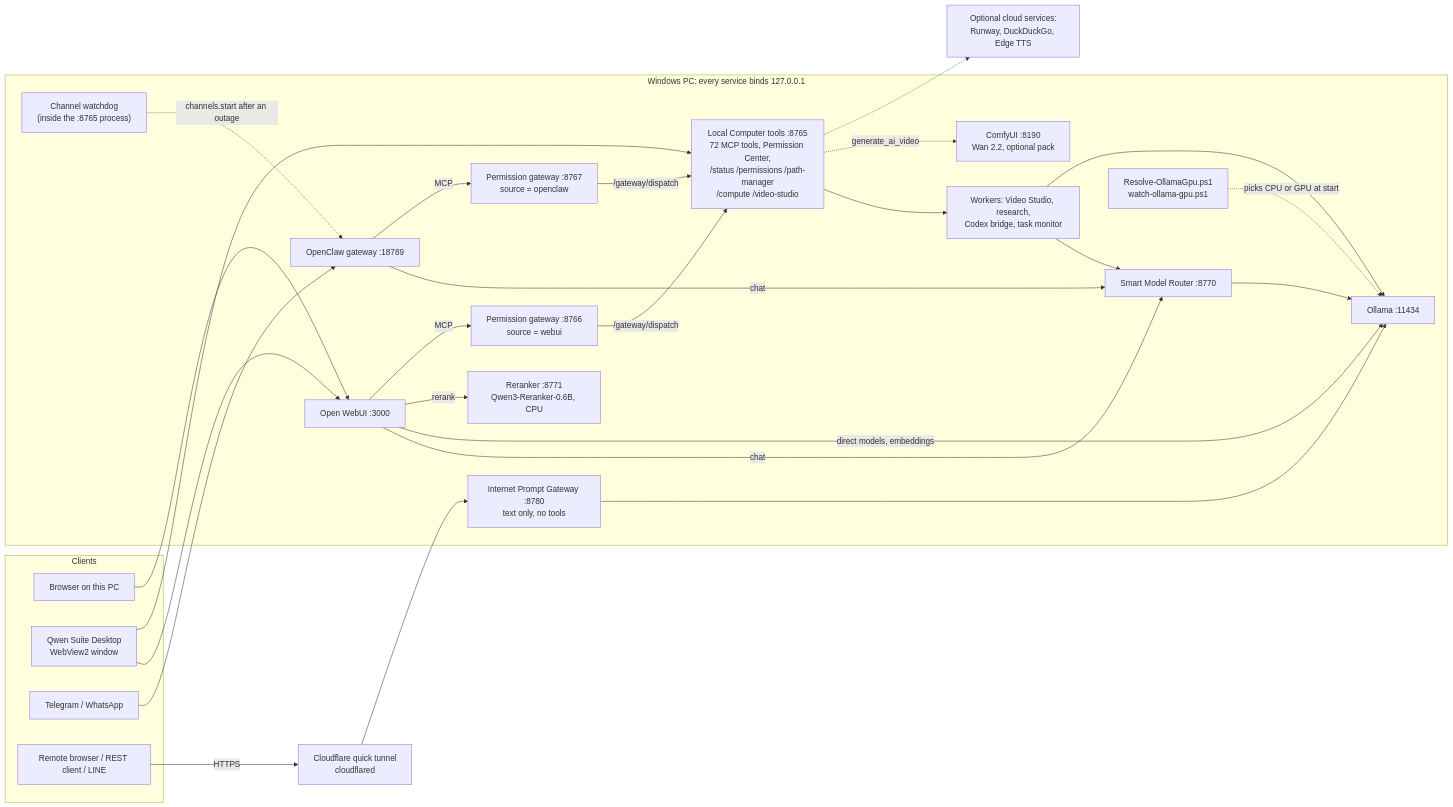
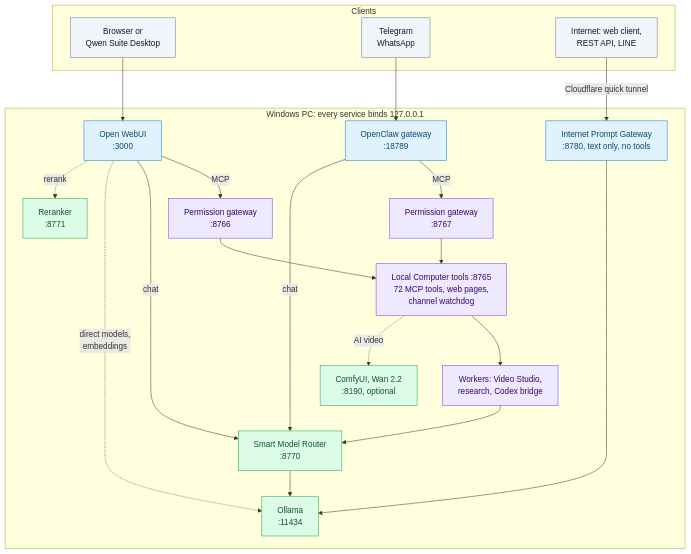
Before and after one commit to SukritJaAIproject/Qwen-Suite: the diagram in .github/README.md, drawn with Mermaid. The commit also changed other lines of this file and 13 other files, not shown here.

````diff
--- a/.github/README.md
+++ b/.github/README.md
@@ -259,50 +380,44 @@
 ```mermaid
-flowchart LR
-  subgraph Clients
-    B["Browser on this PC"]
-    D["Qwen Suite Desktop<br/>WebView2 window"]
-    TG["Telegram / WhatsApp"]
-    NET["Remote browser / REST client / LINE"]
+flowchart TB
+  subgraph clients["Clients"]
+    PC["Browser or<br/>Qwen Suite Desktop"]
+    CHAT["Telegram<br/>WhatsApp"]
+    WEB["Internet: web client,<br/>REST API, LINE"]
   end
+  subgraph pc["Windows PC: every service binds 127.0.0.1"]
+    WUI["Open WebUI<br/>:3000"]
+    OC["OpenClaw gateway<br/>:18789"]
+    IG["Internet Prompt Gateway<br/>:8780, text only, no tools"]
+    F1["Permission gateway<br/>:8766"]
+    F2["Permission gateway<br/>:8767"]
+    LT["Local Computer tools :8765<br/>72 MCP tools, web pages,<br/>channel watchdog"]
+    WK["Workers: Video Studio,<br/>research, Codex bridge"]
+    R["Smart Model Router<br/>:8770"]
+    RR["Reranker<br/>:8771"]
+    O["Ollama<br/>:11434"]
+    CU["ComfyUI, Wan 2.2<br/>:8190, optional"]
+  end
+  PC --> WUI
+  CHAT --> OC
+  WEB -->|Cloudflare quick tunnel| IG
+  WUI -->|MCP| F1 --> LT
+  OC -->|MCP| F2 --> LT
+  LT --> WK
+  WUI -->|chat| R
+  OC -->|chat| R
+  WK --> R
+  R --> O
+  WUI -.->|direct models,<br/>embeddings| O
+  IG --> O
+  WUI -.->|rerank| RR
+  LT -.->|AI video| CU
 
-  subgraph PC["Windows PC: every service binds 127.0.0.1"]
-    WUI["Open WebUI :3000"]
-    OC["OpenClaw gateway :18789"]
-    R["Smart Model Router :8770"]
-    RR["Reranker :8771<br/>Qwen3-Reranker-0.6B, CPU"]
-    O["Ollama :11434"]
-    F1["Permission gateway :8766<br/>source = webui"]
-    F2["Permission gateway :8767<br/>source = openclaw"]
-    LT["Local Computer tools :8765<br/>72 MCP tools, Permission Center,<br/>/status /permissions /path-manager<br/>/compute /video-studio"]
-    CW["Channel watchdog<br/>(inside the :8765 process)"]
-    W["Workers: Video Studio, research,<br/>Codex bridge, task monitor"]
-    CU["ComfyUI :8190<br/>Wan 2.2, optional pack"]
-    IG["Internet Prompt Gateway :8780<br/>text only, no tools"]
-    GPU["Resolve-OllamaGpu.ps1<br/>watch-ollama-gpu.ps1"]
-  end
-
-  CF["Cloudflare quick tunnel<br/>cloudflared"]
-  EXT["Optional cloud services:<br/>Runway, DuckDuckGo, Edge TTS"]
-
-  B --> WUI
-  D --> WUI
-  D --> LT
-  WUI -->|chat| R
-  WUI -->|direct models, embeddings| O
-  WUI -->|rerank| RR
-  WUI -->|MCP| F1
-  TG --> OC
-  OC -->|chat| R
-  OC -->|MCP| F2
-  F1 -->|/gateway/dispatch| LT
-  F2 -->|/gateway/dispatch| LT
-  R --> O
-  LT --> W
-  LT -.->|generate_ai_video| CU
-  CW -.->|channels.start after an outage| OC
-  W --> R
-  W --> O
-  LT -.-> EXT
-  NET -->|HTTPS| CF --> IG --> O
-  GPU -.->|picks CPU or GPU at start| O
+  classDef door fill:#e0f2fe,stroke:#0284c7,color:#0c4a6e
+  classDef tool fill:#ede9fe,stroke:#7c3aed,color:#3b0764
+  classDef model fill:#dcfce7,stroke:#16a34a,color:#14532d
+  classDef client fill:#f1f5f9,stroke:#64748b,color:#0f172a
+  class PC,CHAT,WEB client
+  class WUI,OC,IG door
+  class F1,F2,LT,WK tool
+  class R,RR,O,CU model
 ```
````
